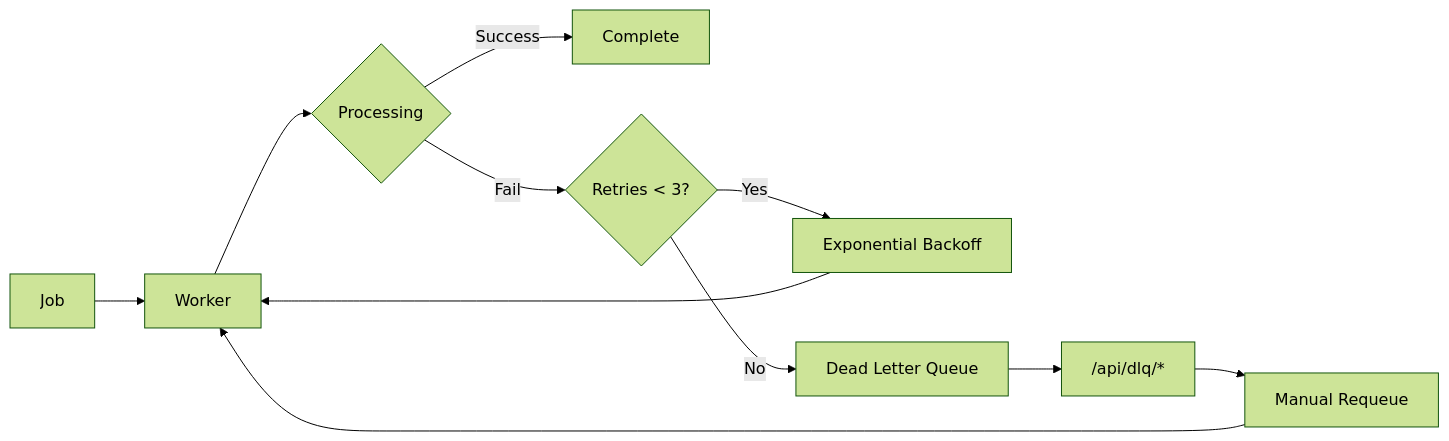
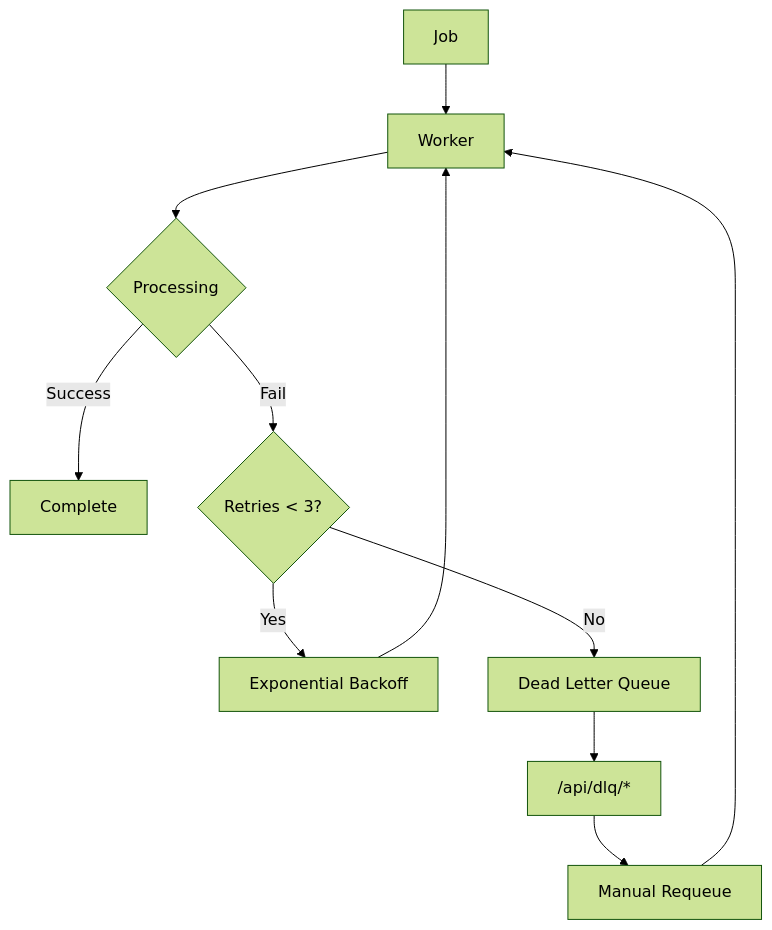
The seventh of 7 diagrams in docs/architecture/overview.md (mikesvoboda/nemotron-v3-home-security-intelligence), drawn with Mermaid (forest theme) before and after one commit. The commit also changed other lines of this file and 52 other files, not shown here.

````diff
--- a/docs/architecture/overview.md
+++ b/docs/architecture/overview.md
@@ -575,13 +602,14 @@
 ```mermaid
-flowchart LR
-    JOB[Job] --> W[Worker]
+flowchart TB
+    JOB[Job]
+    JOB --> W[Worker]
     W --> P{Processing}
     P -->|Success| DONE[Complete]
     P -->|Fail| R{Retries < 3?}
     R -->|Yes| BACK[Exponential Backoff]
     BACK --> W
     R -->|No| DLQ[Dead Letter Queue]
     DLQ --> API["/api/dlq/*"]
     API --> REQUEUE[Manual Requeue]
     REQUEUE --> W
 ```
````
